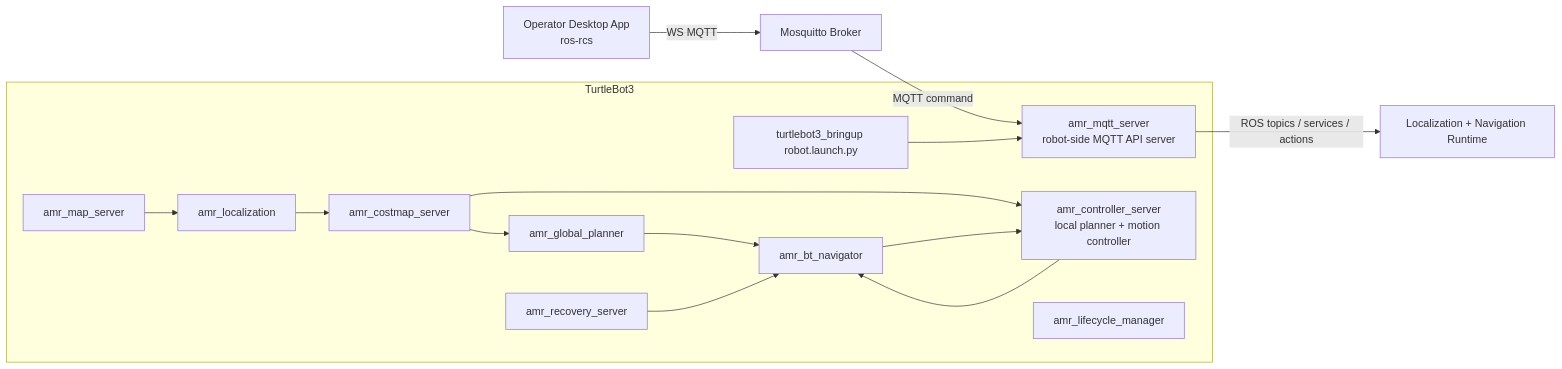
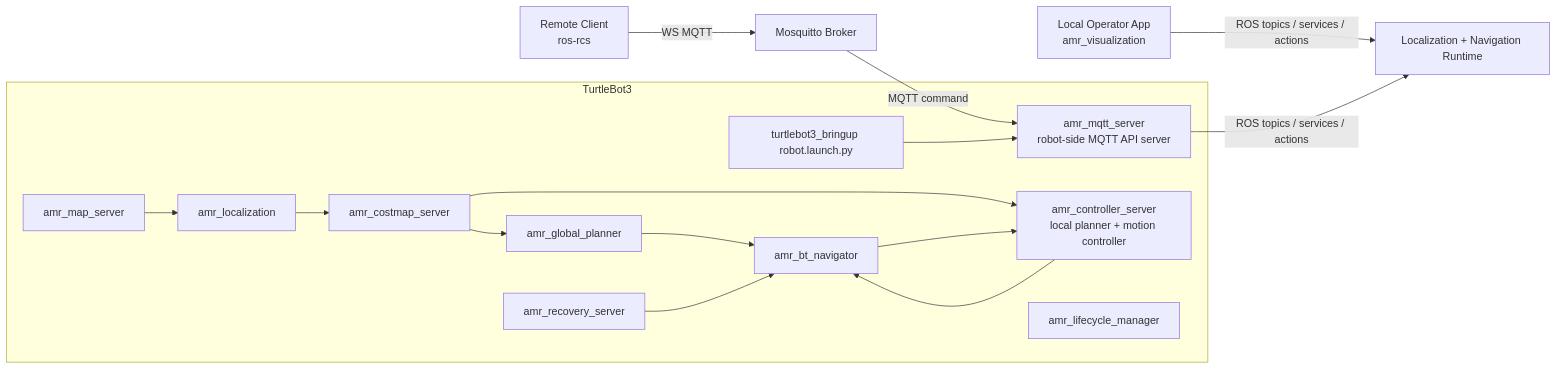
Before and after one commit to reidlo5135/ros-amr-navigation: the diagram in README.md, drawn with Mermaid. The commit also changed other lines of this file and 19 other files, not shown here.

Commit message:
feat : add amr_visualization package

````diff
--- a/README.md
+++ b/README.md
@@ -22,28 +23,29 @@
 ```mermaid
 flowchart LR
-    Desktop["Operator Desktop App<br/>ros-rcs"] -->|WS MQTT| Broker["Mosquitto Broker"]
+    LocalUI["Local Operator App<br/>amr_visualization"] -->|ROS topics / services / actions| Nav
+    Desktop["Remote Client<br/>ros-rcs"] -->|WS MQTT| Broker["Mosquitto Broker"]
     Broker -->|MQTT command| RobotBridge["amr_mqtt_server<br/>robot-side MQTT API server"]
     RobotBridge -->|ROS topics / services / actions| Nav["Localization + Navigation Runtime"]
 
     subgraph TB3["TurtleBot3"]
         TB3Bringup["turtlebot3_bringup robot.launch.py"]
         RobotBridge
         MapServer["amr_map_server"]
         Localization["amr_localization"]
         Costmap["amr_costmap_server"]
         GlobalPlanner["amr_global_planner"]
         Controller["amr_controller_server<br/>local planner + motion controller"]
         Recovery["amr_recovery_server"]
         Navigator["amr_bt_navigator"]
         Lifecycle["amr_lifecycle_manager"]
         TB3Bringup --> RobotBridge
         MapServer --> Localization
         Localization --> Costmap
         Costmap --> GlobalPlanner
         Costmap --> Controller
         GlobalPlanner --> Navigator
         Controller --> Navigator
         Recovery --> Navigator
         Navigator --> Controller
     end
 ```
````
